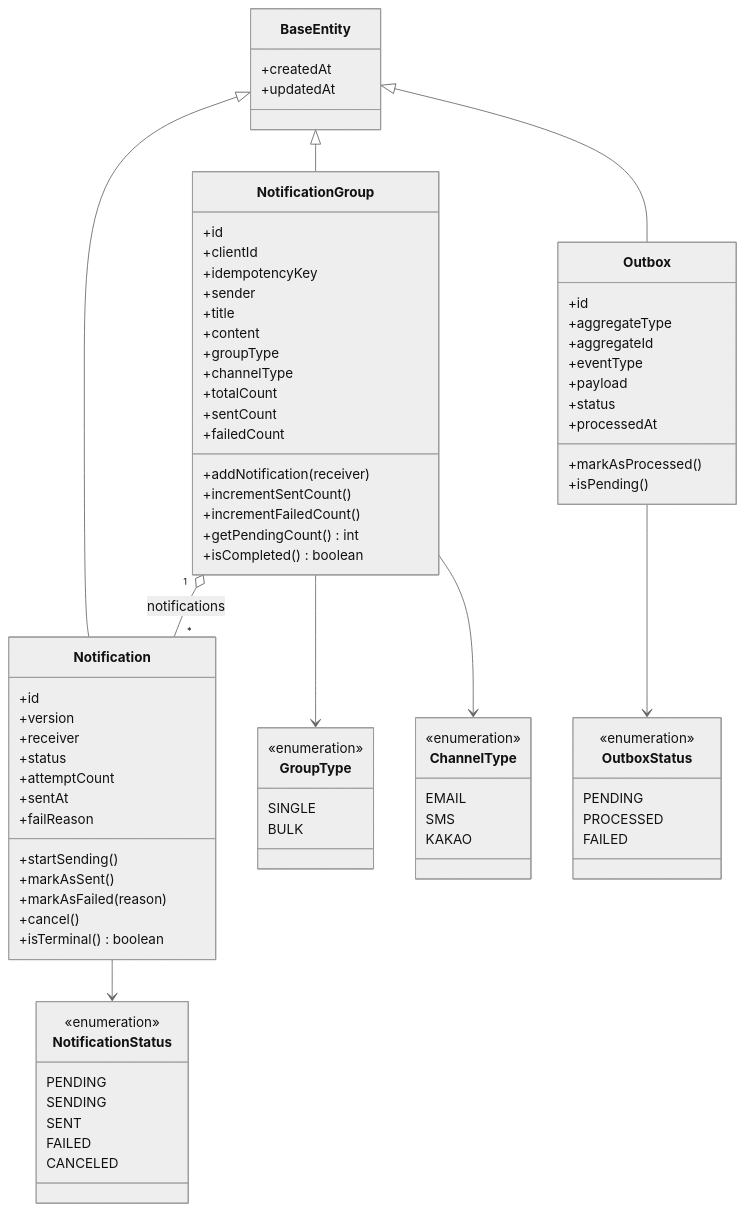
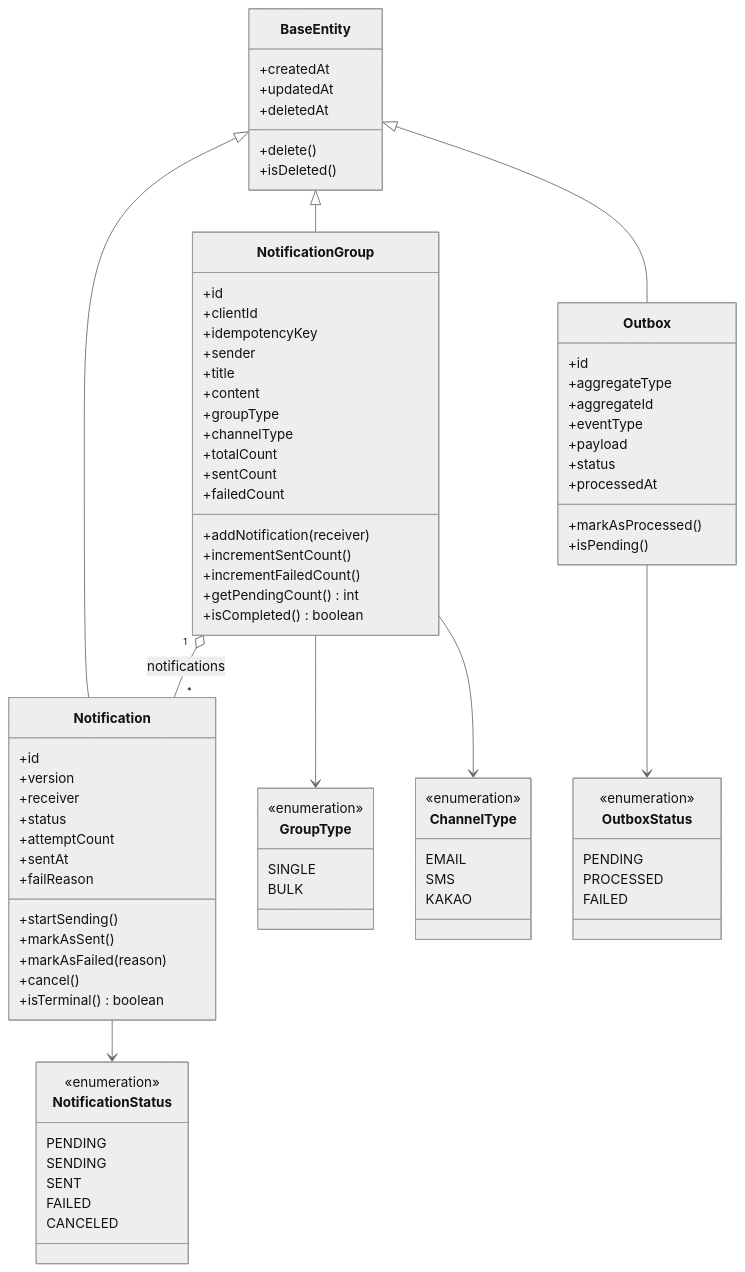
The second of 4 diagrams in docs/03-class-diagrams.md (yht0827/notification-dispatcher), drawn with Mermaid (neutral theme) before and after one commit. The commit also changed other lines of this file and 24 other files, not shown here.

```diff
--- a/docs/03-class-diagrams.md
+++ b/docs/03-class-diagrams.md
@@ -107,6 +96,9 @@
     class BaseEntity {
       +createdAt
       +updatedAt
+      +deletedAt
+      +delete()
+      +isDeleted()
     }
 
     class NotificationGroup {
```
